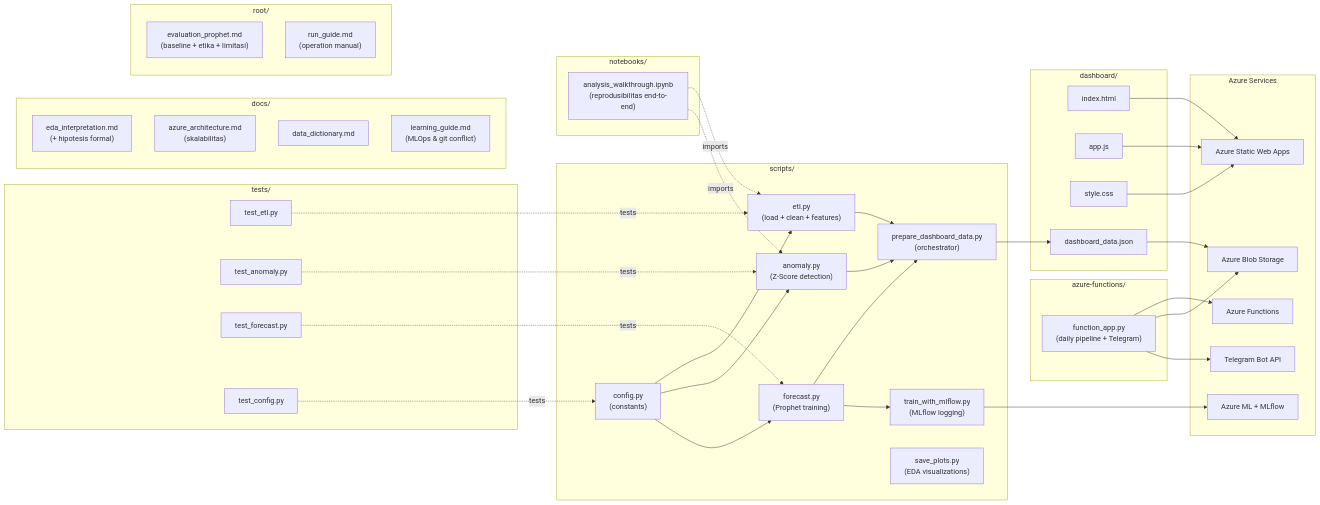
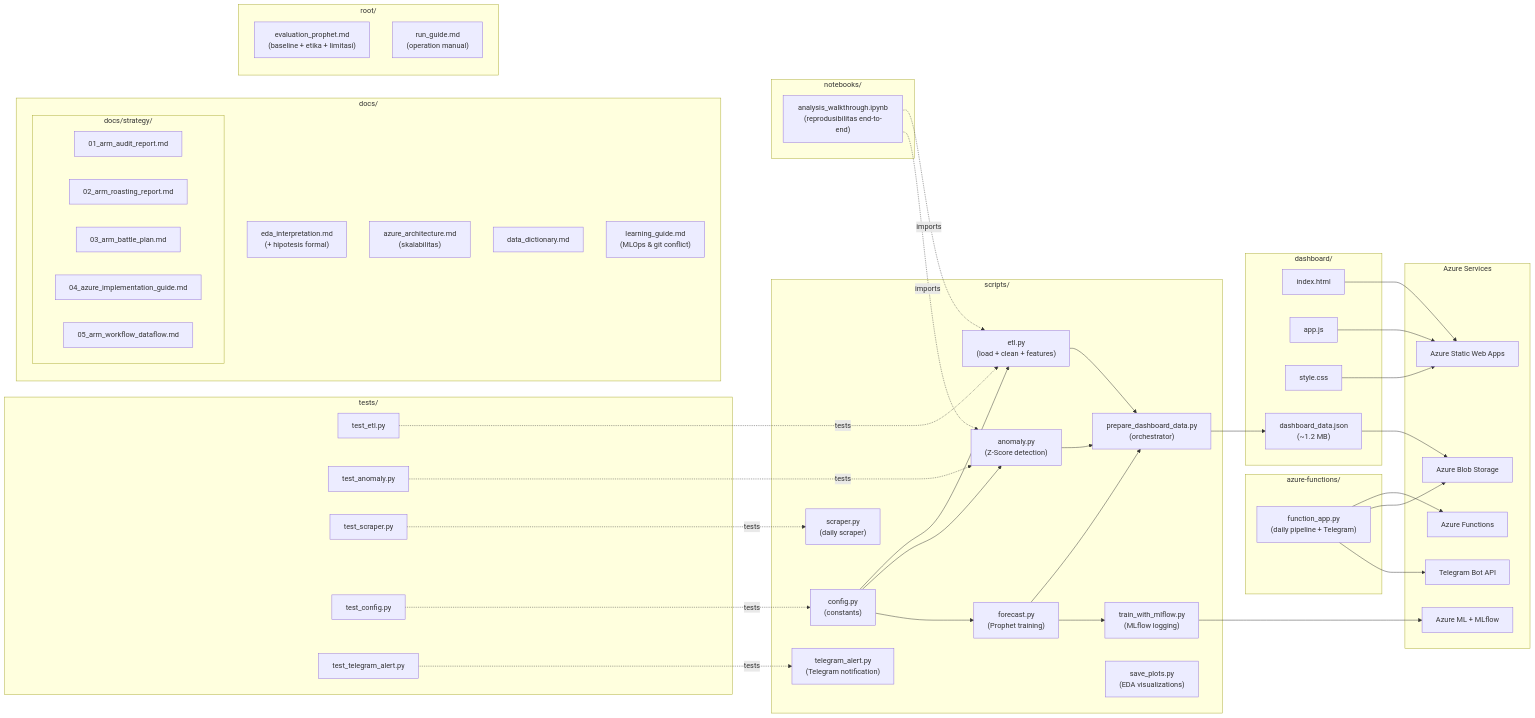
Before and after one commit to aceh-resilience-monitor/Aceh-Resilience-Monitor: the sixth of 8 diagrams in docs/strategy/05_arm_workflow_dataflow.md, drawn with Mermaid. The commit also changed other lines of this file and 52 other files, not shown here.

````diff
--- a/docs/strategy/05_arm_workflow_dataflow.md
+++ b/docs/strategy/05_arm_workflow_dataflow.md
@@ -243,6 +243,8 @@
         S5["train_with_mlflow.py\n(MLflow logging)"]
         S6["prepare_dashboard_data.py\n(orchestrator)"]
         S7["save_plots.py\n(EDA visualizations)"]
+        S8["scraper.py\n(daily scraper)"]
+        S9["telegram_alert.py\n(Telegram notification)"]
     end
 
     subgraph "azure-functions/"
@@ -257,14 +259,15 @@
         D1["index.html"]
         D2["app.js"]
         D3["style.css"]
-        D4["dashboard_data.json"]
+        D4["dashboard_data.json\n(~1.2 MB)"]
     end
 
     subgraph "tests/"
         T1["test_etl.py"]
         T2["test_anomaly.py"]
-        T3["test_forecast.py"]
+        T3["test_scraper.py"]
         T4["test_config.py"]
+        T5["test_telegram_alert.py"]
     end
 
     subgraph "docs/"
@@ -272,6 +275,13 @@
         DOC2["azure_architecture.md\n(skalabilitas)"]
         DOC3["data_dictionary.md"]
         DOC4["learning_guide.md\n(MLOps & git conflict)"]
+        subgraph "docs/strategy/"
+            STR1["01_arm_audit_report.md"]
+            STR2["02_arm_roasting_report.md"]
+            STR3["03_arm_battle_plan.md"]
+            STR4["04_azure_implementation_guide.md"]
+            STR5["05_arm_workflow_dataflow.md"]
+        end
     end
 
     subgraph "root/"
@@ -307,6 +317,7 @@
     NB -.->|"imports"| S3
     T1 -.->|"tests"| S2
     T2 -.->|"tests"| S3
-    T3 -.->|"tests"| S4
+    T3 -.->|"tests"| S8
     T4 -.->|"tests"| S1
+    T5 -.->|"tests"| S9
 ```
````
